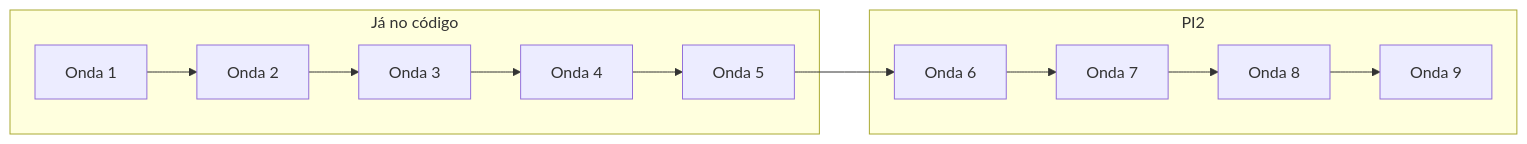
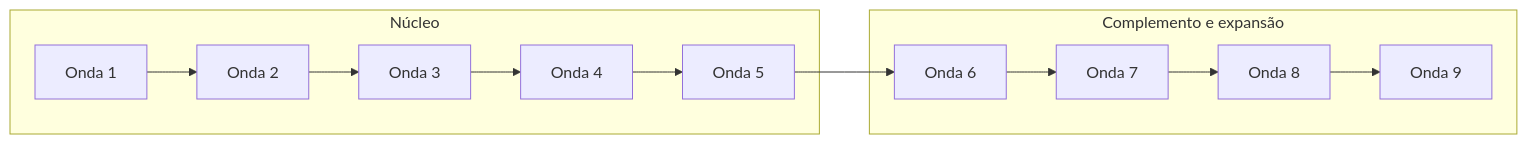
One commit to davu123/Projeto-integrador-2---Wert- changed the diagram in docs/lean-inception/09-sequenciador-ondas/ondas.md. Above: the diagram before and after it, drawn with Mermaid. The commit also changed other lines of this file and 22 other files, not shown here.

````diff
--- a/docs/lean-inception/09-sequenciador-ondas/ondas.md
+++ b/docs/lean-inception/09-sequenciador-ondas/ondas.md
@@ -33,17 +35,17 @@
 ```mermaid
 flowchart LR
-  subgraph pi1 [Já no código]
+  subgraph nucleo [Núcleo]
     O1[Onda 1]
     O2[Onda 2]
     O3[Onda 3]
     O4[Onda 4]
     O5[Onda 5]
   end
-  subgraph pi2 [PI2]
+  subgraph resto [Complemento e expansão]
     O6[Onda 6]
     O7[Onda 7]
     O8[Onda 8]
     O9[Onda 9]
   end
   O1 --> O2 --> O3 --> O4 --> O5 --> O6 --> O7 --> O8 --> O9
 ```
````
